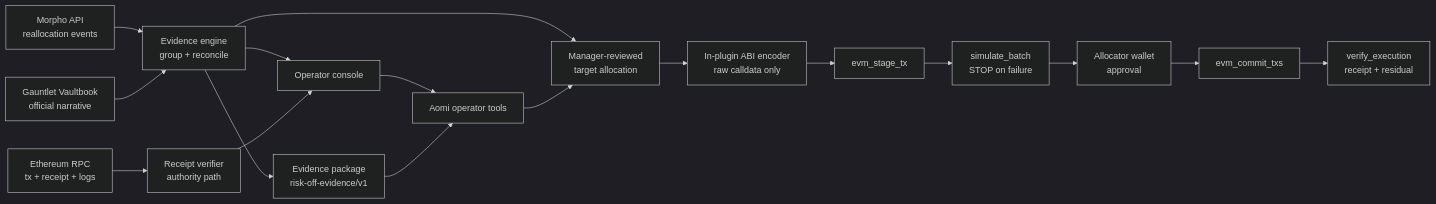
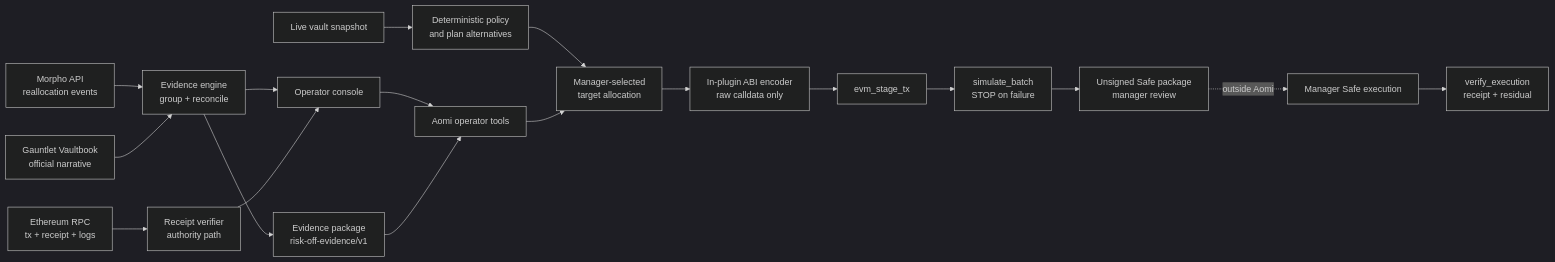
One commit to aomi-labs/liqsteward changed the diagram in README.md. Above: the diagram before and after it, drawn with Mermaid (dark theme). The commit also changed other lines of this file and 25 other files, not shown here.

````diff
--- a/README.md
+++ b/README.md
@@ -77,19 +69,20 @@
 ```mermaid
 flowchart LR
     M["Morpho API<br/>reallocation events"] --> E["Evidence engine<br/>group + reconcile"]
     R["Ethereum RPC<br/>tx + receipt + logs"] --> V["Receipt verifier<br/>authority path"]
     G["Gauntlet Vaultbook<br/>official narrative"] --> E
     E --> C["Operator console"]
     V --> C
     E --> P["Evidence package<br/>risk-off-evidence/v1"]
-    E --> B["Manager-reviewed<br/>target allocation"]
+    S["Live vault snapshot"] --> D["Deterministic policy<br/>and plan alternatives"]
+    D --> B["Manager-selected<br/>target allocation"]
     B --> X["In-plugin ABI encoder<br/>raw calldata only"]
     X --> T["evm_stage_tx"]
     T --> Q["simulate_batch<br/>STOP on failure"]
-    Q --> W["Allocator wallet<br/>approval"]
-    W --> K["evm_commit_txs"]
+    Q --> U["Unsigned Safe package<br/>manager review"]
+    U -. "outside Aomi" .-> K["Manager Safe execution"]
     K --> Z["verify_execution<br/>receipt + residual"]
     C --> A["Aomi operator tools"]
     P --> A
     A --> B
 ```
````
